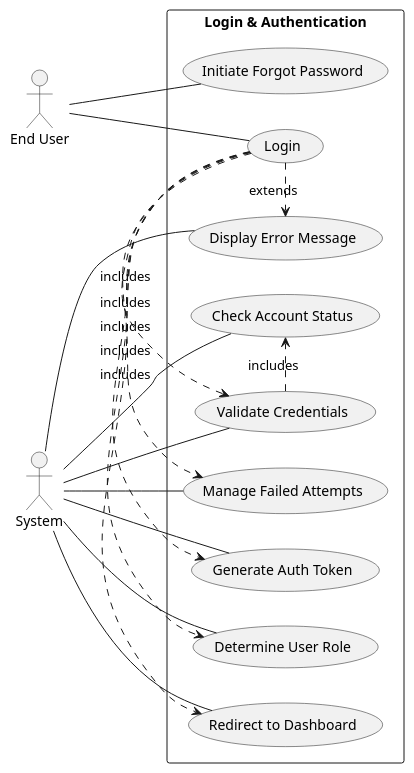
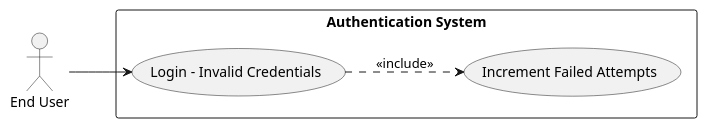
The second of 9 diagrams in .propel/context/docs/spec.md (Hadiya-Kanini/Demo), drawn with PlantUML before and after one commit. The commit also changed other lines of this file, not shown here.

````diff
--- a/.propel/context/docs/spec.md
+++ b/.propel/context/docs/spec.md
@@ -288,30 +209,15 @@
 ```plantuml
 @startuml
 left to right direction
+skinparam packageStyle rectangle
 
 actor "End User" as User
-actor "System" as System
-
-rectangle "Login & Authentication" {
-  User -- (Login)
-  User -- (Initiate Forgot Password)
-
-  (Login) .> (Validate Credentials) : includes
-  (Login) .> (Manage Failed Attempts) : includes
-  (Login) .> (Generate Auth Token) : includes
-  (Login) .> (Determine User Role) : includes
-  (Login) .> (Redirect to Dashboard) : includes
-  (Login) .> (Display Error Message) : extends
-  (Validate Credentials) .> (Check Account Status) : includes
-
-  System -- (Validate Credentials)
-  System -- (Manage Failed Attempts)
-  System -- (Generate Auth Token)
-  System -- (Determine User Role)
-  System -- (Redirect to Dashboard)
-  System -- (Check Account Status)
-  System -- (Display Error Message)
+rectangle "Authentication System" {
+  usecase (Login - Invalid Credentials) as UC3
+  usecase (Increment Failed Attempts) as UC4
 }
 
+User --> UC3
+UC3 ..> UC4 : <<include>>
 @enduml
 ```
````
